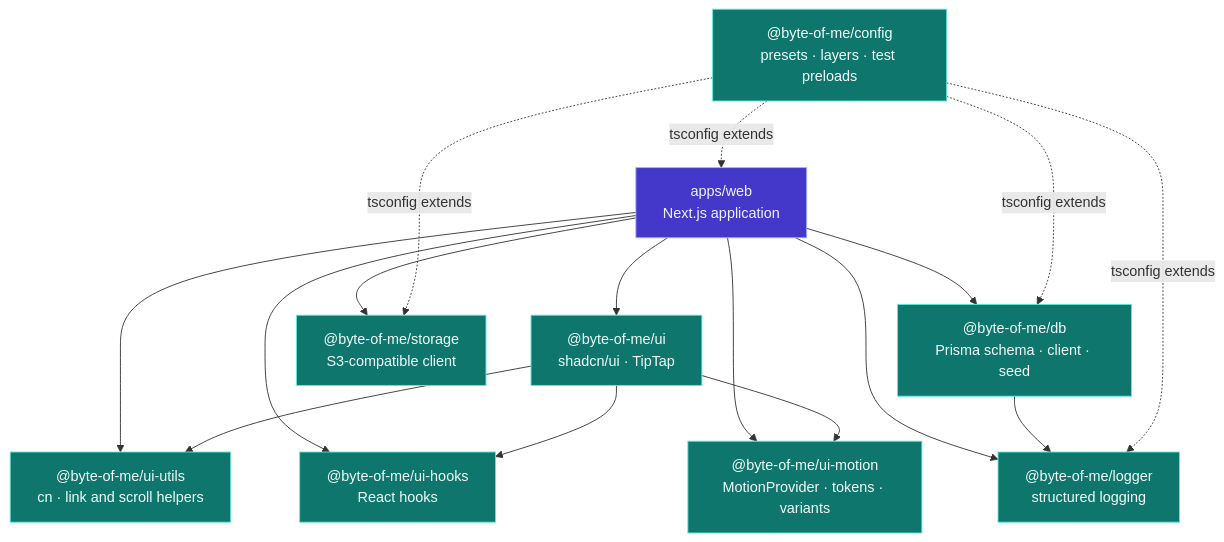
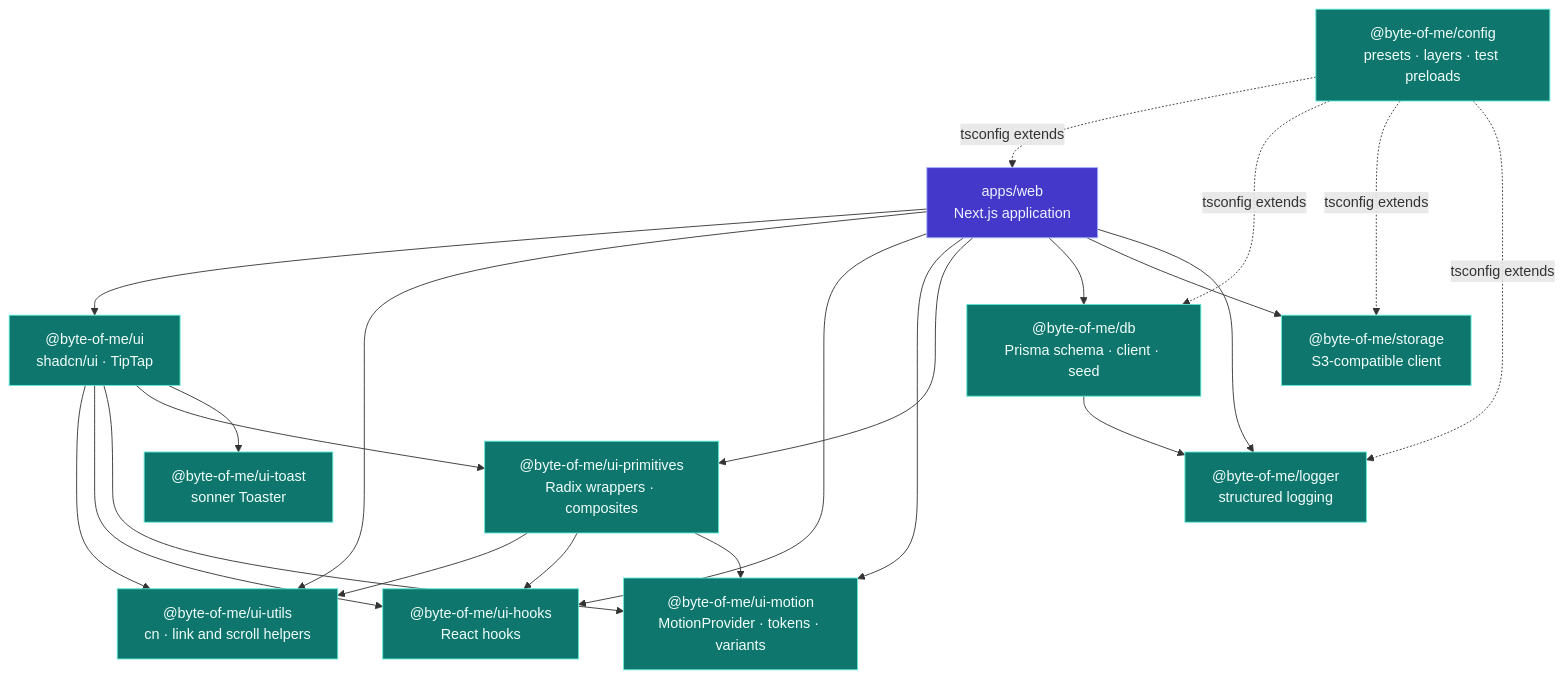
Before and after one commit to lthphuw/byte-of-me: the second of 9 diagrams in docs/architecture.md, drawn with Mermaid. The commit also changed other lines of this file and 87 other files, not shown here.

````diff
--- a/docs/architecture.md
+++ b/docs/architecture.md
@@ -99,36 +99,44 @@
 ```mermaid
 flowchart TB
     WEB["apps/web<br/>Next.js application"]
 
     UI["@byte-of-me/ui<br/>shadcn/ui · TipTap"]
     UTILS["@byte-of-me/ui-utils<br/>cn · link and scroll helpers"]
     HOOKS["@byte-of-me/ui-hooks<br/>React hooks"]
     MOTION["@byte-of-me/ui-motion<br/>MotionProvider · tokens · variants"]
+    PRIMS["@byte-of-me/ui-primitives<br/>Radix wrappers · composites"]
+    TOAST["@byte-of-me/ui-toast<br/>sonner Toaster"]
     DB["@byte-of-me/db<br/>Prisma schema · client · seed"]
     ST["@byte-of-me/storage<br/>S3-compatible client"]
     LOG["@byte-of-me/logger<br/>structured logging"]
     CFG["@byte-of-me/config<br/>presets · layers · test preloads"]
 
     WEB --> UI
     WEB --> UTILS
     WEB --> HOOKS
     WEB --> MOTION
+    WEB --> PRIMS
     WEB --> DB
     WEB --> ST
     WEB --> LOG
     UI --> UTILS
     UI --> HOOKS
     UI --> MOTION
+    UI --> PRIMS
+    UI --> TOAST
+    PRIMS --> UTILS
+    PRIMS --> HOOKS
+    PRIMS --> MOTION
     DB --> LOG
 
     CFG -.->|"tsconfig extends"| WEB
     CFG -.->|"tsconfig extends"| DB
     CFG -.->|"tsconfig extends"| ST
     CFG -.->|"tsconfig extends"| LOG
 
     classDef app fill:#4338ca,stroke:#a5b4fc,color:#eef2ff
     classDef pkg fill:#0f766e,stroke:#5eead4,color:#f0fdfa
 
     class WEB app
-    class UI,UTILS,HOOKS,MOTION,DB,ST,LOG,CFG pkg
+    class UI,UTILS,HOOKS,MOTION,PRIMS,TOAST,DB,ST,LOG,CFG pkg
 ```
````
